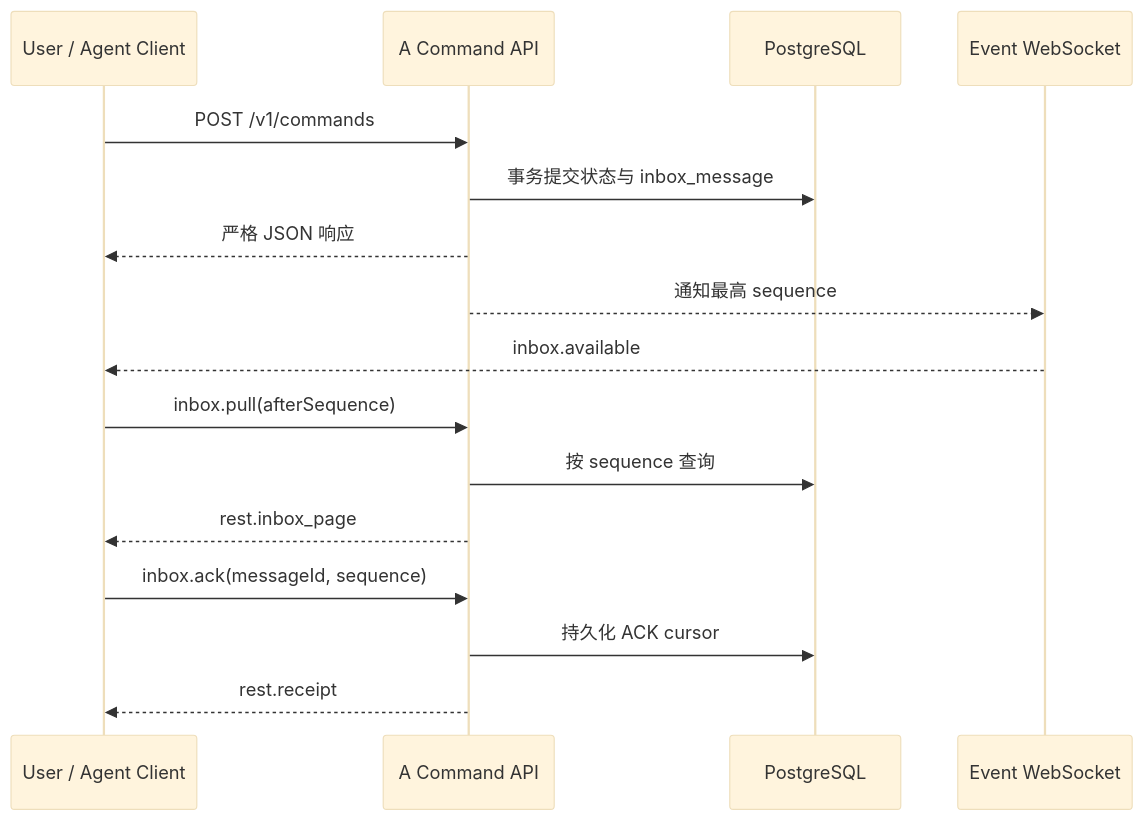
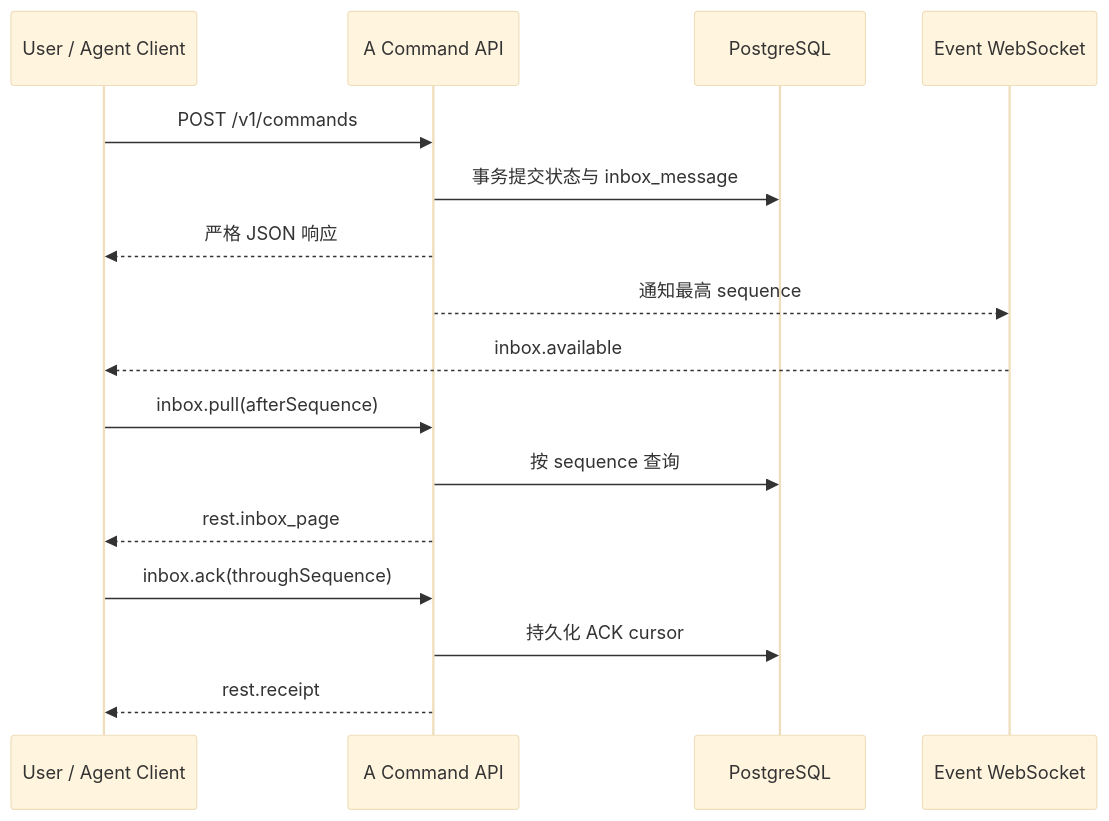
Before and after one commit to Nemophilist117/SciForge: the diagram in docs/collaboration-public-api.zh-CN.md, drawn with Mermaid (base theme). The commit also changed other lines of this file and 110 other files, not shown here.

````diff
--- a/docs/collaboration-public-api.zh-CN.md
+++ b/docs/collaboration-public-api.zh-CN.md
@@ -205,21 +391,21 @@
 ```mermaid
 sequenceDiagram
     accTitle: 持久 Inbox 的通知、拉取与确认
     accDescr: 写操作提交领域状态和 Inbox 后，WebSocket 只提示最高序号；客户端用 REST 拉取并确认。
     participant Client as User / Agent Client
     participant API as A Command API
     participant DB as PostgreSQL
     participant WS as Event WebSocket
 
     Client->>API: POST /v1/commands
     API->>DB: 事务提交状态与 inbox_message
     API-->>Client: 严格 JSON 响应
     API-->>WS: 通知最高 sequence
     WS-->>Client: inbox.available
     Client->>API: inbox.pull(afterSequence)
     API->>DB: 按 sequence 查询
     API-->>Client: rest.inbox_page
-    Client->>API: inbox.ack(messageId, sequence)
+    Client->>API: inbox.ack(throughSequence)
     API->>DB: 持久化 ACK cursor
     API-->>Client: rest.receipt
 ```
````
